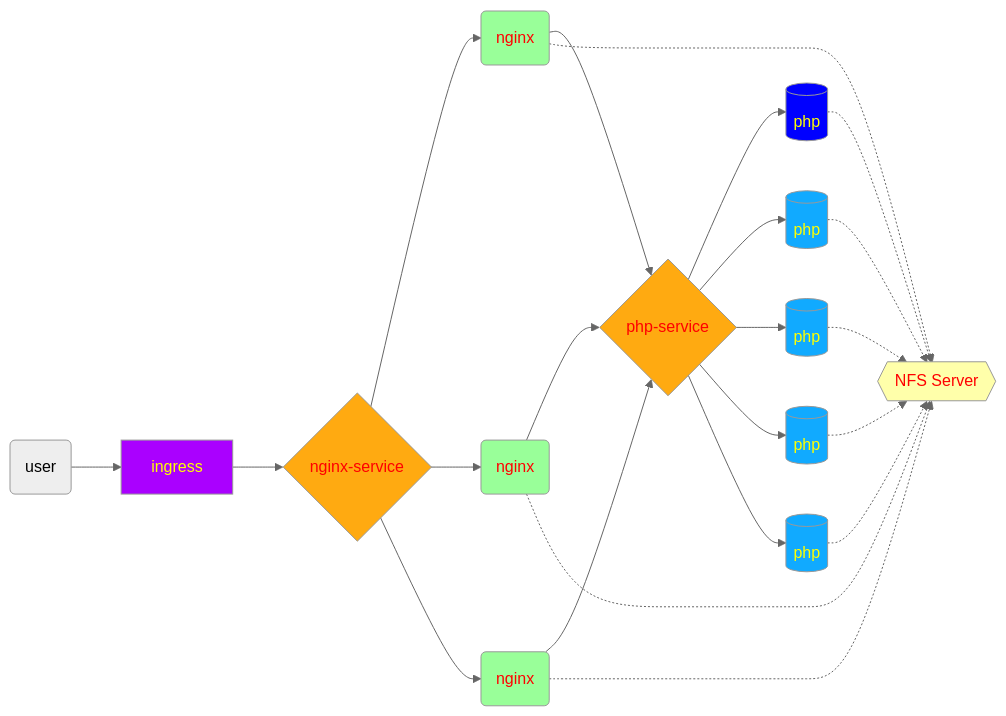
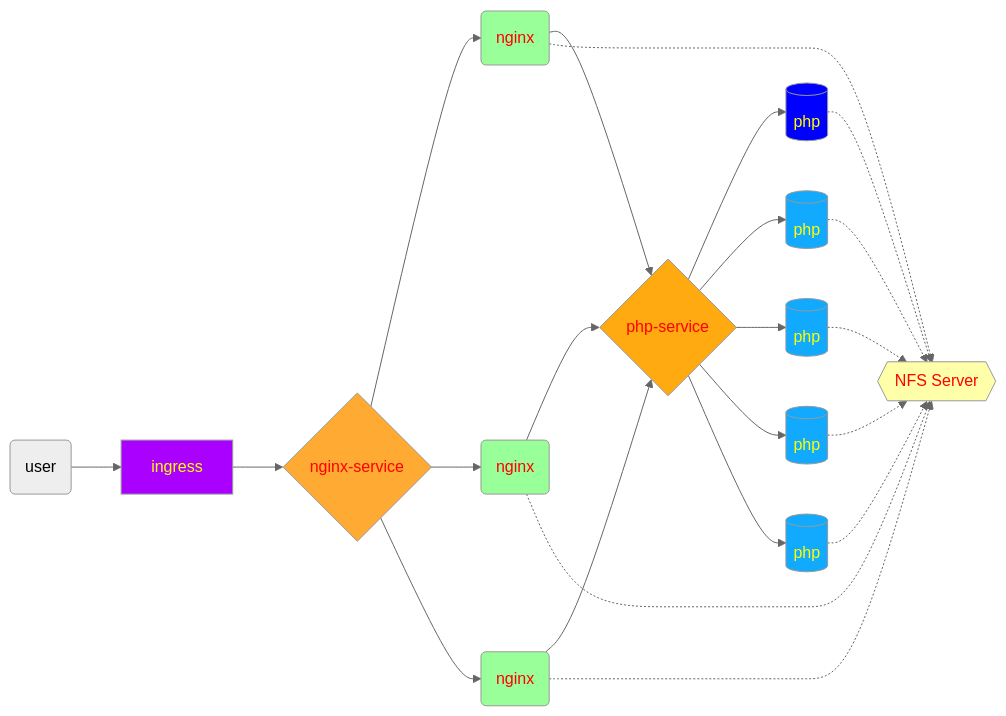
Before and after one commit to tonggh220/md_4_nsd_notes: the diagram in CLOUD/10/练习.md, drawn with Mermaid (neutral theme).

Commit message:
2020-12-23 10:49:05

````diff
--- a/CLOUD/10/练习.md
+++ b/CLOUD/10/练习.md
@@ -7,35 +7,35 @@
 ```mermaid
 graph LR
 U(user) --> I[ingress] --> SW{nginx-service}
 SW --> WEB1(nginx)
 SW --> WEB2(nginx)
 SW --> WEB3(nginx)
 WEB1 --> PS{php-service}
 WEB2 --> PS
 WEB3 --> PS
 PS --> PHP1[(php)]
 PS --> PHP2[(php)]
 PS --> PHP3[(php)]
 PS --> PHP4[(php)]
 PS --> PHP5[(php)]
 PHP1 -.-> NFS{{NFS Server}}
 PHP2 -.-> NFS
 PHP3 -.-> NFS
 PHP4 -.-> NFS
 PHP5 -.-> NFS
 WEB1 -.-> NFS
 WEB2 -.-> NFS
 WEB3 -.-> NFS
 style WEB1 color:#ff0000,fill:#99ff99
 style WEB2 color:#ff0000,fill:#99ff99
 style WEB3 color:#ff0000,fill:#99ff99
 style PHP1 color:#ffff00,fill:#0000ff
 style PHP2 color:#ffff00,fill:#11aaff
 style PHP3 color:#ffff00,fill:#11aaff
 style PHP4 color:#ffff00,fill:#11aaff
 style PHP5 color:#ffff00,fill:#11aaff
 style NFS color:#ff0000,fill:#ffffaa
 style PS color:#ff0000,fill:#ffaa11
-style SW color:#ff0000,fill:#ffaa11
+style SW color:#ff0000,fill:#ffaa33
 style I color:#ffff00,fill:#aa00ff
 ```
````
